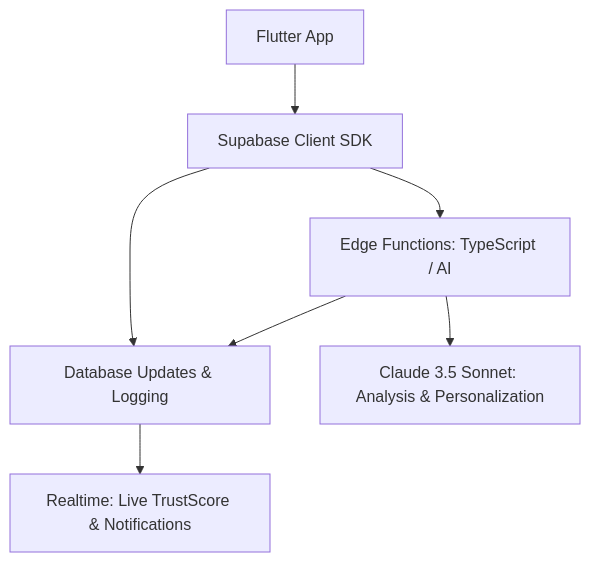
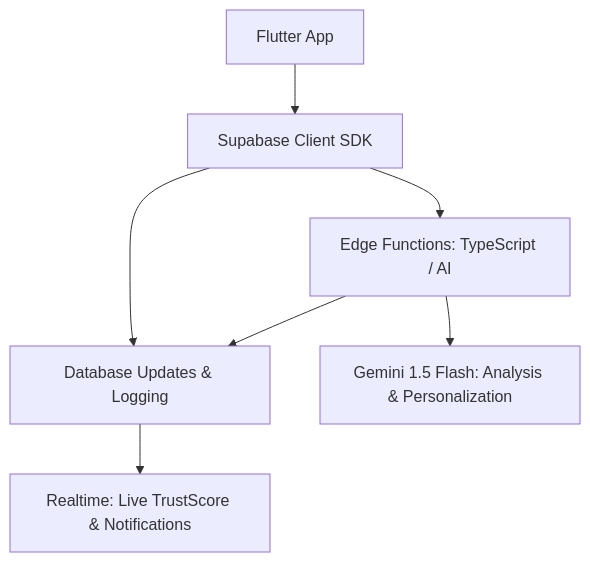
One commit to shekhark0309-cloud/ElevateAI changed the diagram in elevate ai (1)/elevateai/supabase/README.md. Above: the diagram before and after it, drawn with Mermaid. The commit also changed 4 other files, not shown here.

````diff
--- a/elevate ai (1)/elevateai/supabase/README.md
+++ b/elevate ai (1)/elevateai/supabase/README.md
@@ -7,9 +7,9 @@
 ```mermaid
 graph TD
     A[Flutter App] --> B[Supabase Client SDK]
     B --> C[PostgreSQL: Tables, Views, RPCs]
     B --> D[Edge Functions: TypeScript / AI]
-    D --> E[Claude 3.5 Sonnet: Analysis & Personalization]
+    D --> E[Gemini 1.5 Flash: Analysis & Personalization]
     C --> F[Realtime: Live TrustScore & Notifications]
     D --> C[Database Updates & Logging]
 ```
````
